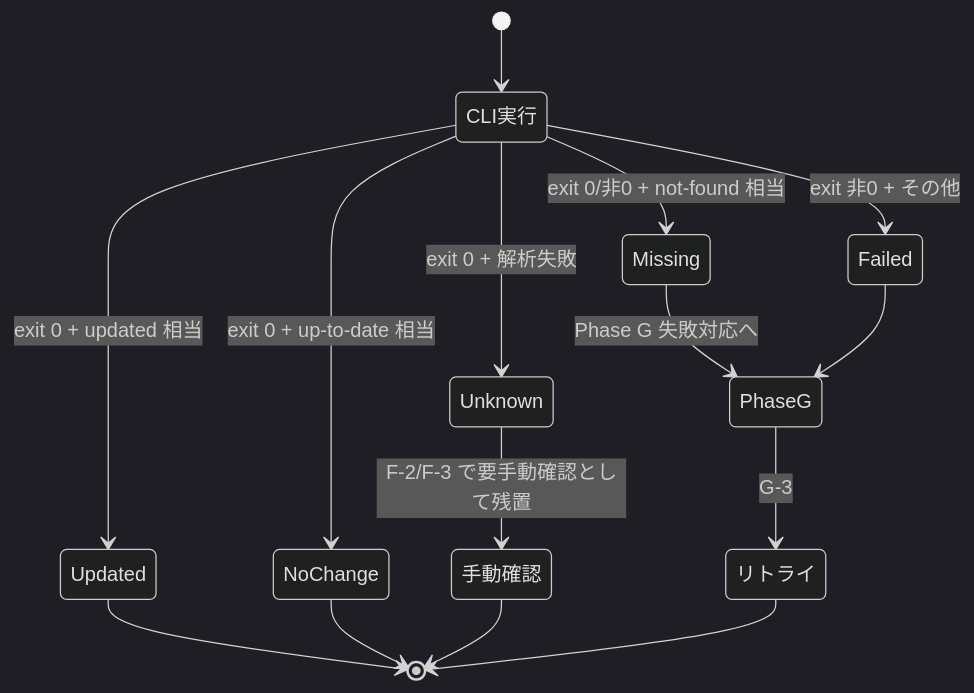
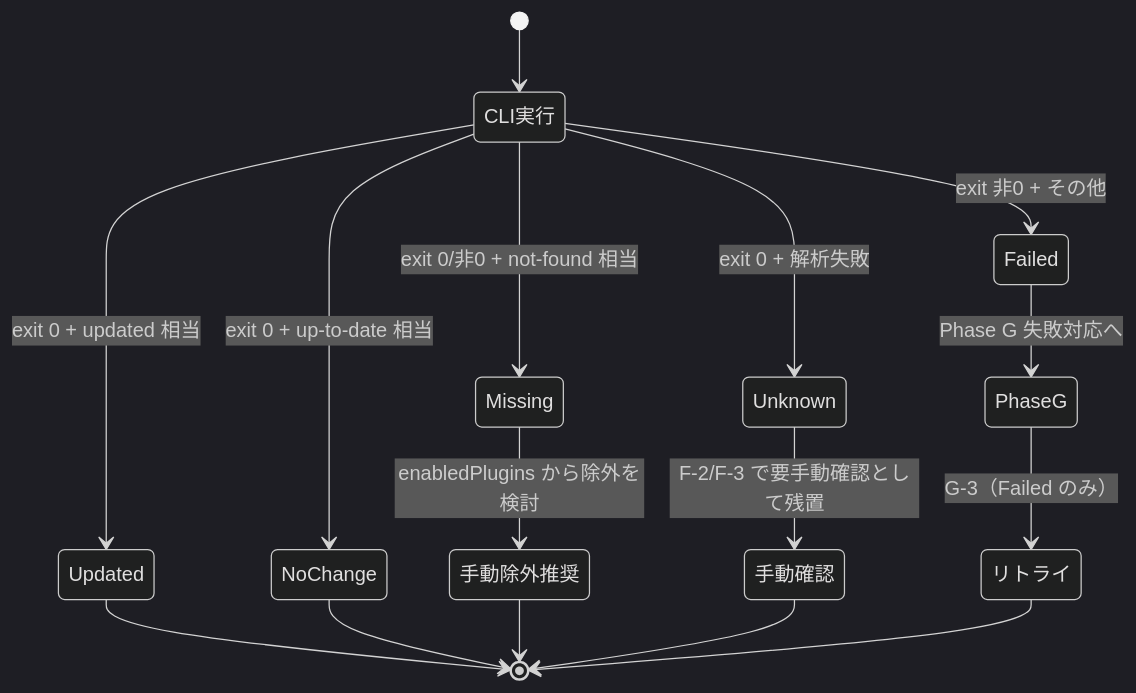
One commit to dmajima/claude-plugins changed the diagram in plugins/plugins-update/references/architecture-decisions.md. Above: the diagram before and after it, drawn with Mermaid (dark theme). The commit also changed other lines of this file and 5 other files, not shown here.

````diff
--- a/plugins/plugins-update/references/architecture-decisions.md
+++ b/plugins/plugins-update/references/architecture-decisions.md
@@ -320,18 +331,19 @@
 ```mermaid
 stateDiagram-v2
     [*] --> CLI実行
     CLI実行 --> Updated: exit 0 + updated 相当
     CLI実行 --> NoChange: exit 0 + up-to-date 相当
     CLI実行 --> Missing: exit 0/非0 + not-found 相当
     CLI実行 --> Failed: exit 非0 + その他
     CLI実行 --> Unknown: exit 0 + 解析失敗
 
     Updated --> [*]
     NoChange --> [*]
-    Missing --> PhaseG: Phase G 失敗対応へ
-    Failed --> PhaseG
+    Missing --> 手動除外推奨: enabledPlugins から除外を検討
+    Failed --> PhaseG: Phase G 失敗対応へ
     Unknown --> 手動確認: F-2/F-3 で要手動確認として残置
+    手動除外推奨 --> [*]
     手動確認 --> [*]
-    PhaseG --> リトライ: G-3
+    PhaseG --> リトライ: G-3（Failed のみ）
     リトライ --> [*]
 ```
````
